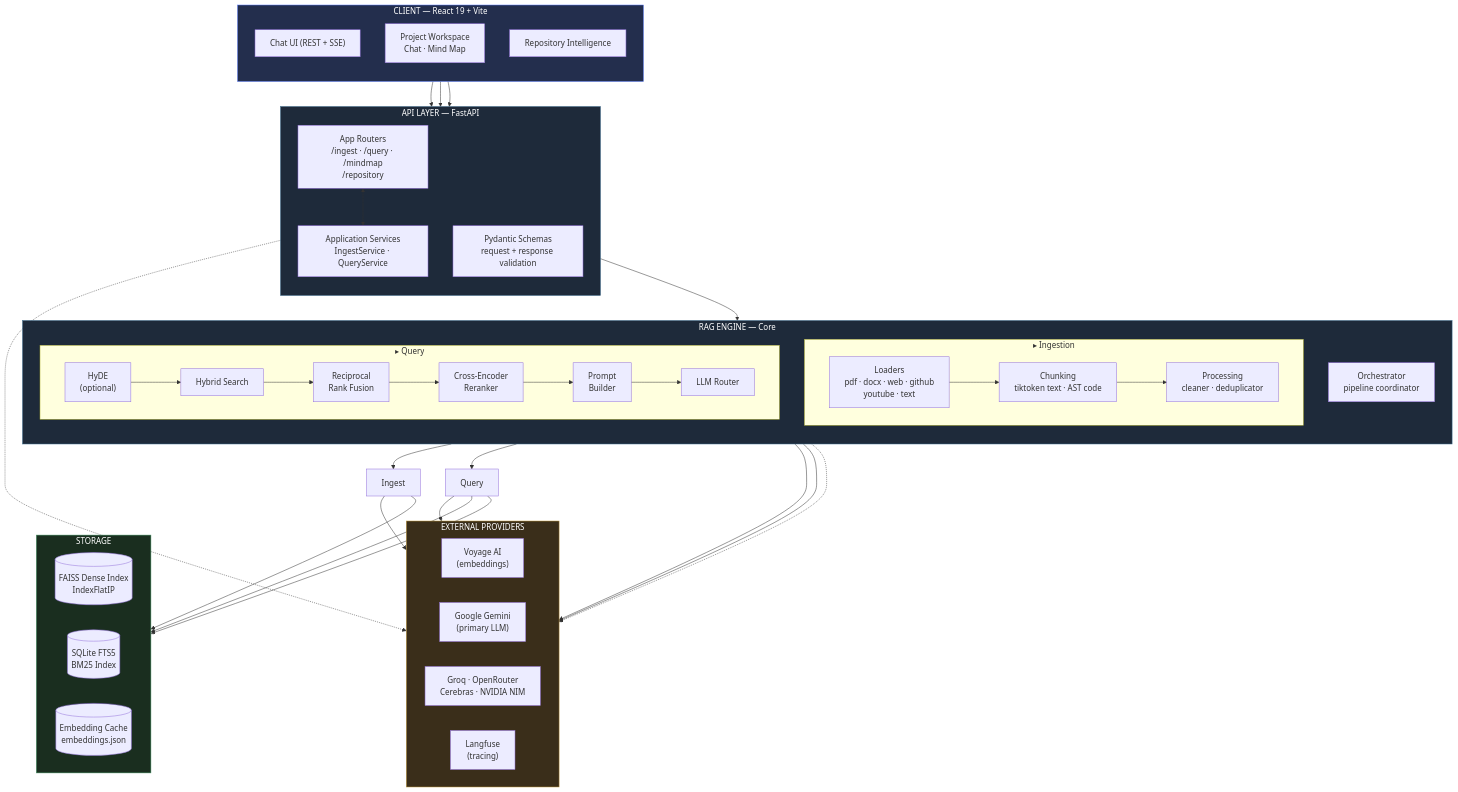
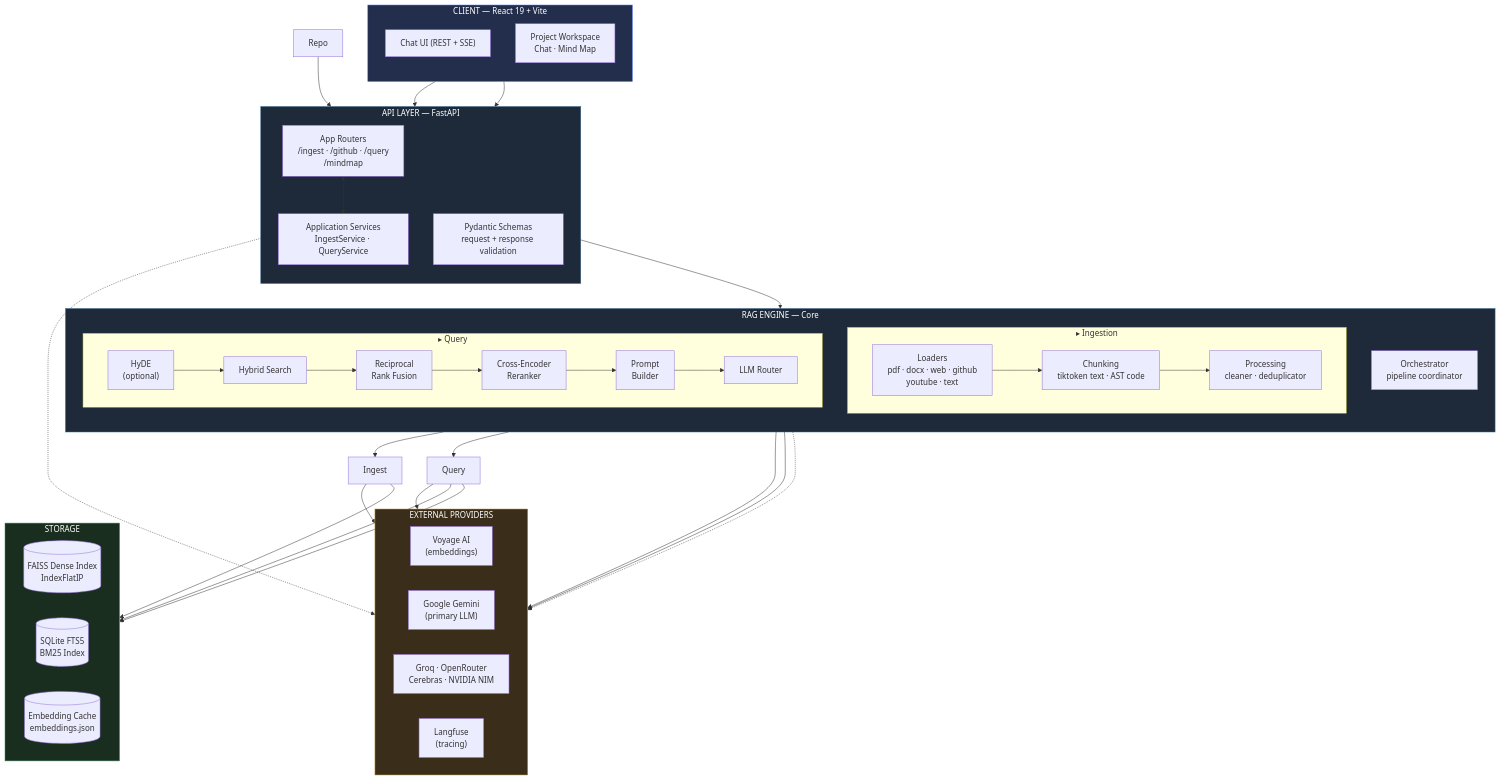
One commit to AdnanZamanNiloy/contexforge changed the diagram in README.md. Above: the diagram before and after it, drawn with Mermaid. The commit also changed other lines of this file and 64 other files, not shown here.

```diff
--- a/README.md
+++ b/README.md
@@ -125,12 +106,11 @@
         direction TB
         Chat["Chat UI (REST + SSE)"]
         Workspace["Project Workspace<br/>Chat · Mind Map"]
-        Repo["Repository Intelligence"]
     end
 
     subgraph API["API LAYER — FastAPI"]
         direction TB
-        Routes["App Routers<br/>/ingest · /query · /mindmap<br/>/repository"]
+        Routes["App Routers<br/>/ingest · /github · /query<br/>/mindmap"]
         Schemas["Pydantic Schemas<br/>request + response validation"]
         Services["Application Services<br/>IngestService · QueryService"]
     end
```
